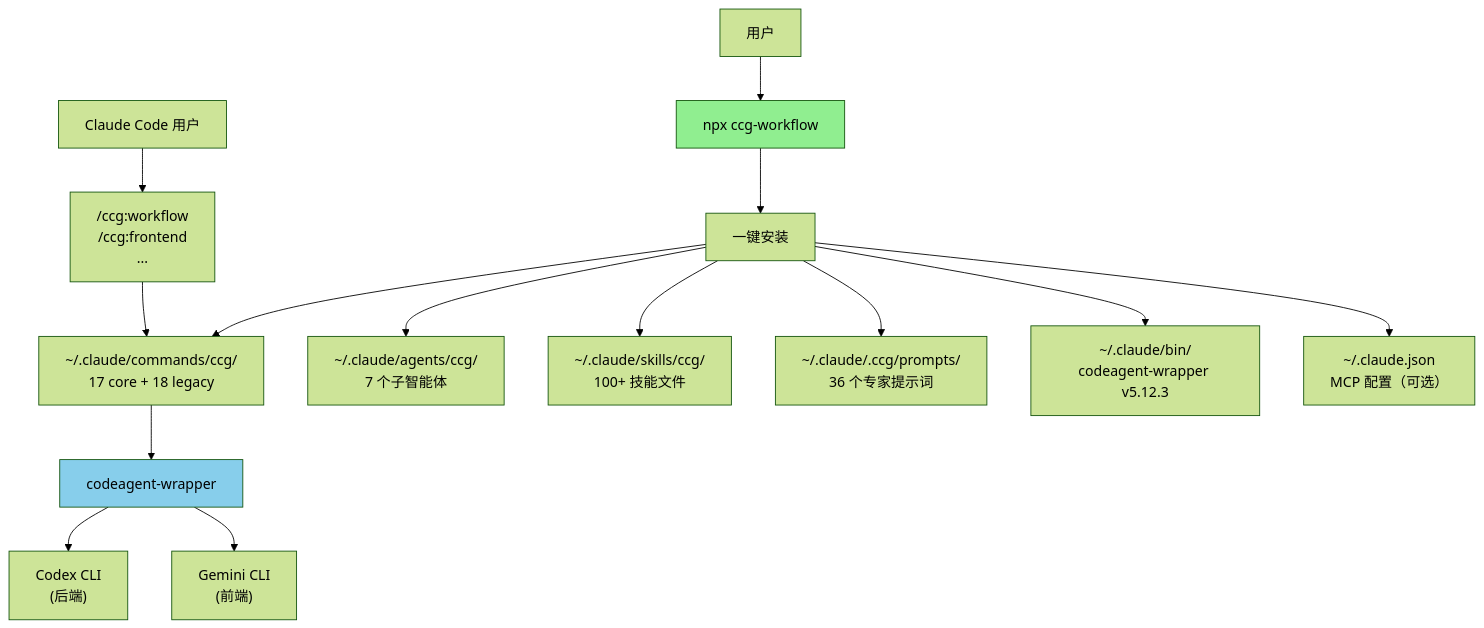
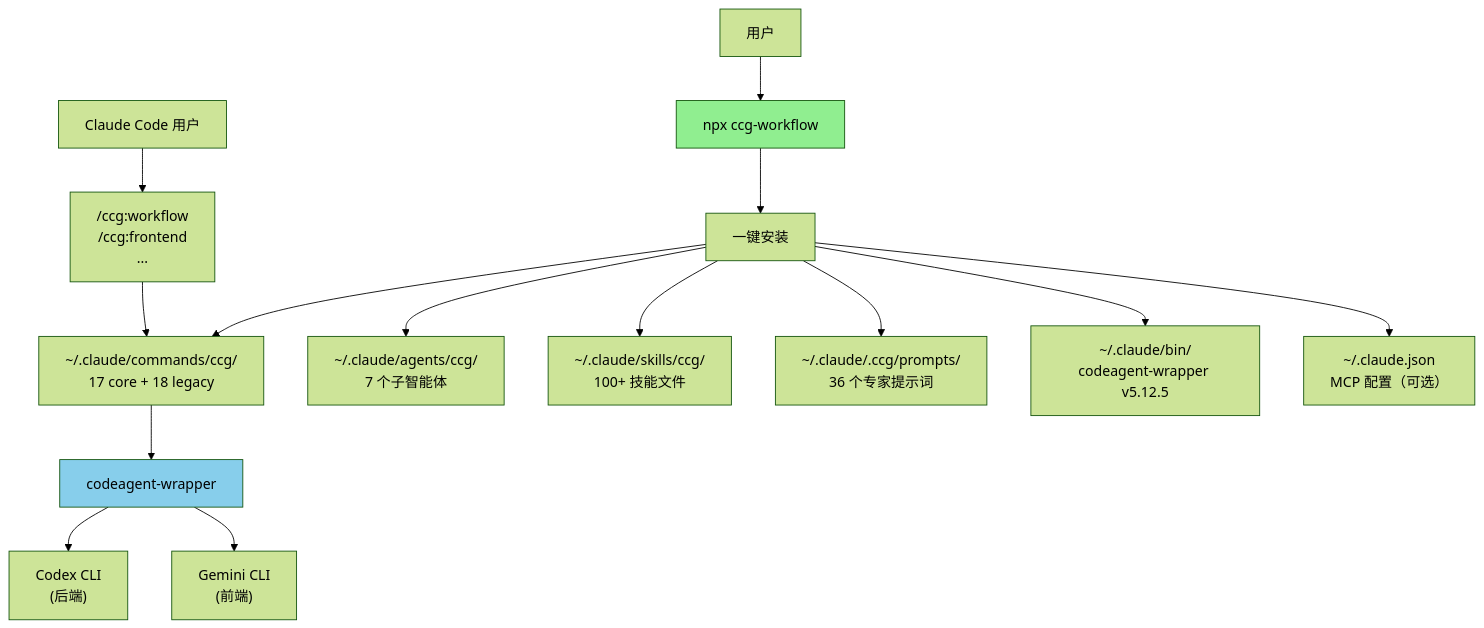
Before and after one commit to jed-zed/ccg-gptpro-worflow: the diagram in CLAUDE.md, drawn with Mermaid (forest theme). The commit also changed other lines of this file and 6 other files, not shown here.

````diff
--- a/CLAUDE.md
+++ b/CLAUDE.md
@@ -678,22 +678,22 @@
 ```mermaid
 graph TD
     User["用户"] --> CLI["npx ccg-workflow"]
     CLI --> Init["一键安装"]
 
     Init --> Commands["~/.claude/commands/ccg/<br/>17 core + 18 legacy"]
     Init --> Agents["~/.claude/agents/ccg/<br/>7 个子智能体"]
     Init --> Skills["~/.claude/skills/ccg/<br/>100+ 技能文件"]
     Init --> Prompts["~/.claude/.ccg/prompts/<br/>36 个专家提示词"]
-    Init --> Binary["~/.claude/bin/<br/>codeagent-wrapper v5.12.3"]
+    Init --> Binary["~/.claude/bin/<br/>codeagent-wrapper v5.12.5"]
     Init --> MCP["~/.claude.json<br/>MCP 配置（可选）"]
 
     User2["Claude Code 用户"] --> SlashCmd["/ccg:workflow<br/>/ccg:frontend<br/>..."]
     SlashCmd --> Commands
 
     Commands --> Wrapper["codeagent-wrapper"]
     Wrapper --> Codex["Codex CLI<br/>(后端)"]
     Wrapper --> Gemini["Gemini CLI<br/>(前端)"]
 
     style CLI fill:#90EE90
     style Wrapper fill:#87CEEB
 ```
````
